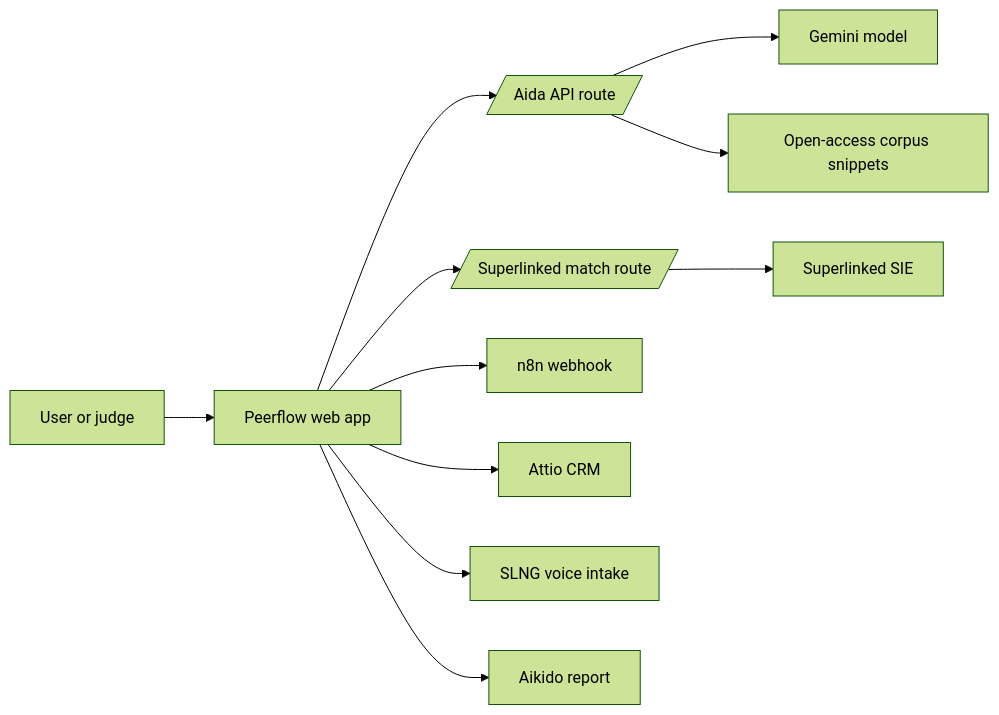
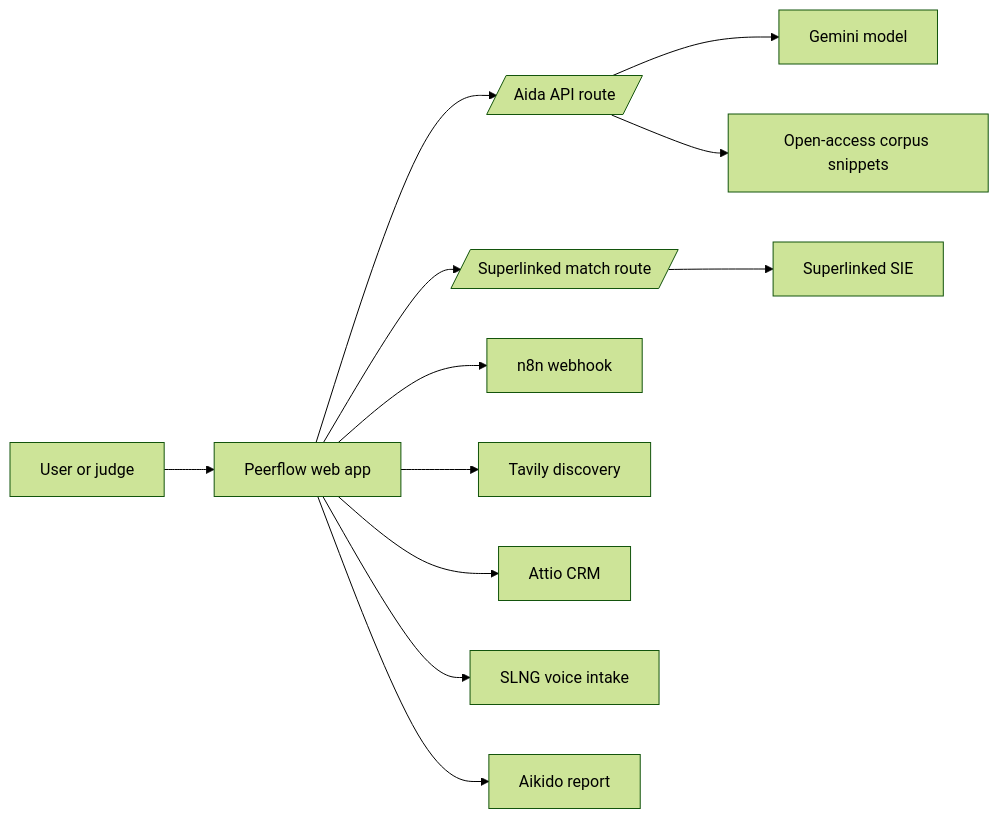
One commit to MasteraSnackin/Peerflow changed the diagram in README.md. Above: the diagram before and after it, drawn with Mermaid (forest theme). The commit also changed other lines of this file and 6 other files, not shown here.

Commit message:
Add Tavily source discovery

````diff
--- a/README.md
+++ b/README.md
@@ -66,13 +67,14 @@
 ```mermaid
 flowchart LR
   User[User or judge] --> WebApp[Peerflow web app]
   WebApp --> AidaAPI[/Aida API route/]
   WebApp --> MatchAPI[/Superlinked match route/]
   WebApp --> Workflow[n8n webhook]
+  WebApp --> Discovery[Tavily discovery]
   AidaAPI --> Gemini[Gemini model]
   AidaAPI --> Corpus[Open-access corpus snippets]
   MatchAPI --> SIE[Superlinked SIE]
   WebApp --> CRM[Attio CRM]
   WebApp --> Voice[SLNG voice intake]
   WebApp --> Security[Aikido report]
 ```
````
